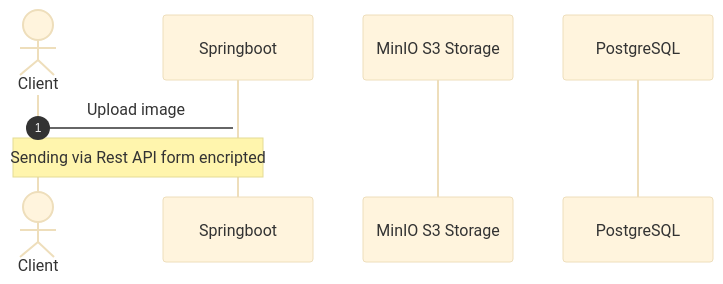
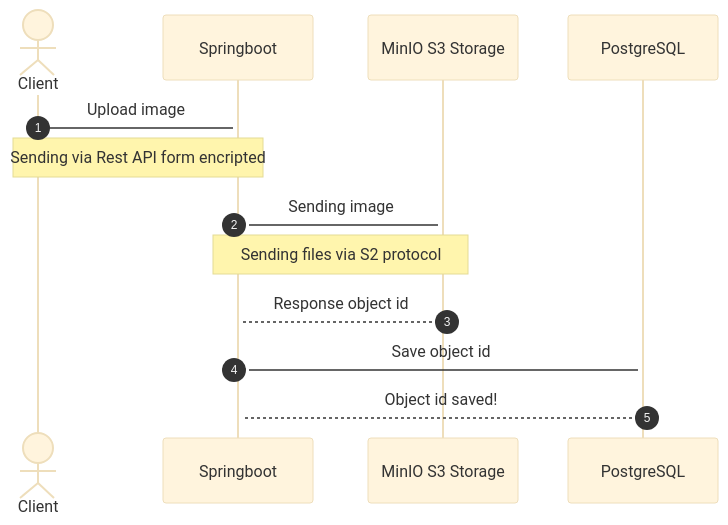
The first of 2 diagrams in README.md (dimMaryanto93/springboot-angular-aws-s3-minio-example), drawn with Mermaid (base theme) before and after one commit.

````diff
--- a/README.md
+++ b/README.md
@@ -19,17 +19,21 @@
 ```mermaid
 sequenceDiagram
     autonumber
     actor client AS Client
     participant backend AS Springboot
     participant minio AS MinIO S3 Storage
     participant postgres AS PostgreSQL
 
     activate backend
     activate minio
     activate postgres
 
     client->backend: Upload image
     Note over client,backend: Sending via Rest API form encripted
+    backend->minio: Sending image
+    Note over backend,minio: Sending files via S2 protocol
+    minio-->backend: Response object id
+    backend->postgres: Save object id
+    postgres-->backend: Object id saved!
 
-    
 ```
````
